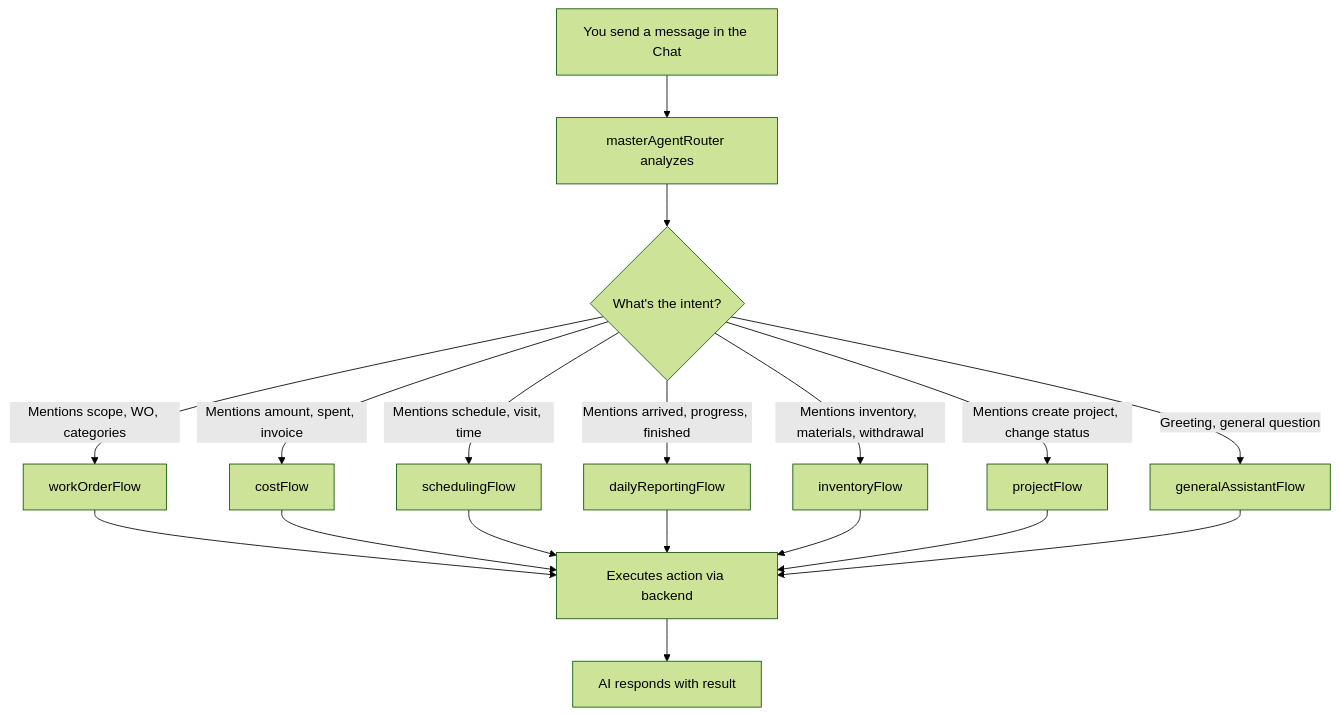
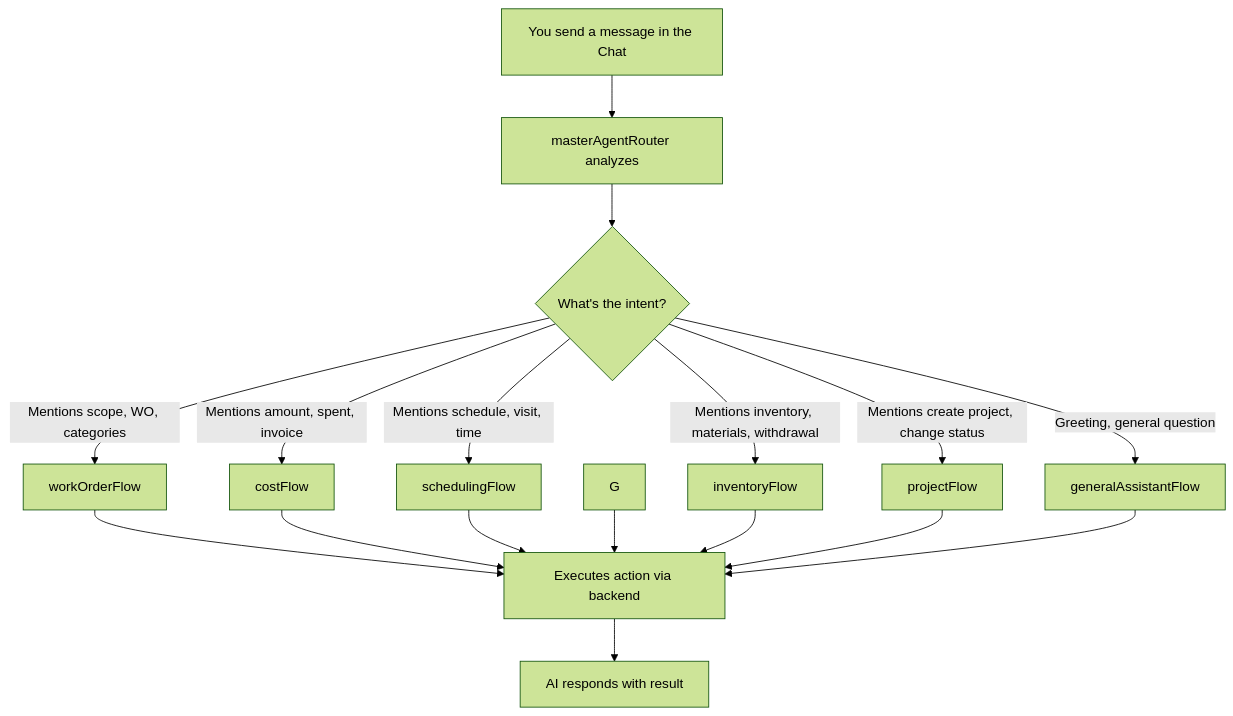
One commit to RafaelWinders/guia-do-usuario changed the diagram in docs/chat-en.md. Above: the diagram before and after it, drawn with Mermaid (forest theme). The commit also changed other lines of this file and 15 other files, not shown here.

````diff
--- a/docs/chat-en.md
+++ b/docs/chat-en.md
@@ -817,20 +743,19 @@
 ```mermaid
 flowchart TB
     A[You send a message in the Chat] --> B[masterAgentRouter analyzes]
     B --> C{What's the intent?}
     C -->|Mentions scope, WO, categories| D[workOrderFlow]
     C -->|Mentions amount, spent, invoice| E[costFlow]
     C -->|Mentions schedule, visit, time| F[schedulingFlow]
-    C -->|Mentions arrived, progress, finished| G[dailyReportingFlow]
     C -->|Mentions inventory, materials, withdrawal| H[inventoryFlow]
     C -->|Mentions create project, change status| I[projectFlow]
     C -->|Greeting, general question| J[generalAssistantFlow]
     D --> K[Executes action via backend]
     E --> K
     F --> K
     G --> K
     H --> K
     I --> K
     J --> K
     K --> L[AI responds with result]
 ```
````
